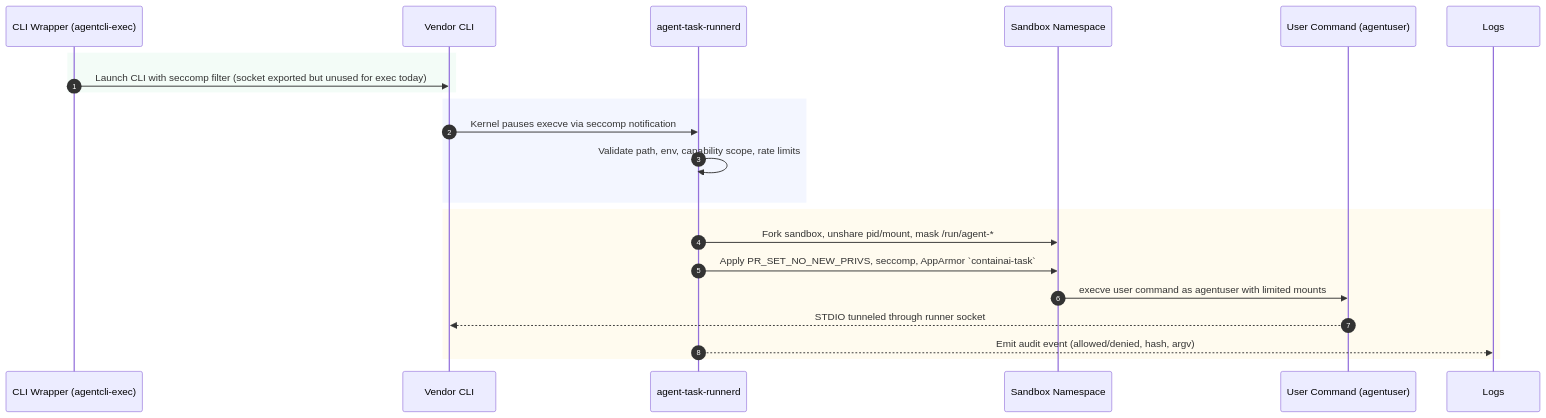
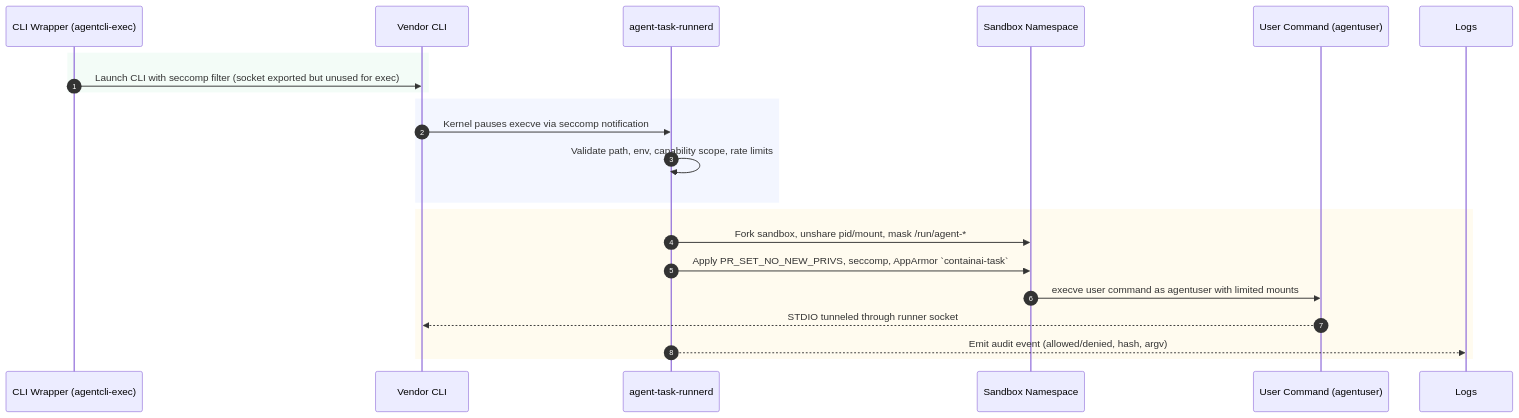
Before and after one commit to novotnyllc/ContainAI: the fourth of 5 diagrams in docs/security/secret-credential-security-review.md, drawn with Mermaid. The commit also changed other lines of this file and 19 other files, not shown here.

````diff
--- a/docs/security/secret-credential-security-review.md
+++ b/docs/security/secret-credential-security-review.md
@@ -193,24 +193,24 @@
 ```mermaid
 sequenceDiagram
     autonumber
     participant W as CLI Wrapper (agentcli-exec)
     participant C as Vendor CLI
     participant R as agent-task-runnerd
     participant S as Sandbox Namespace
     participant U as User Command (agentuser)
 
     rect rgba(215,243,227,0.3)
-    W->>C: Launch CLI with seccomp filter (socket exported but unused for exec today)
+    W->>C: Launch CLI with seccomp filter (socket exported but unused for exec)
     end
     rect rgba(225,233,255,0.4)
     C->>R: Kernel pauses execve via seccomp notification
     R->>R: Validate path, env, capability scope, rate limits
     end
     rect rgba(255,244,214,0.4)
     R->>S: Fork sandbox, unshare pid/mount, mask /run/agent-*
     R->>S: Apply PR_SET_NO_NEW_PRIVS, seccomp, AppArmor `containai-task`
     S->>U: execve user command as agentuser with limited mounts
     U-->>C: STDIO tunneled through runner socket
     R-->>Logs: Emit audit event (allowed/denied, hash, argv)
     end
 ```
````
